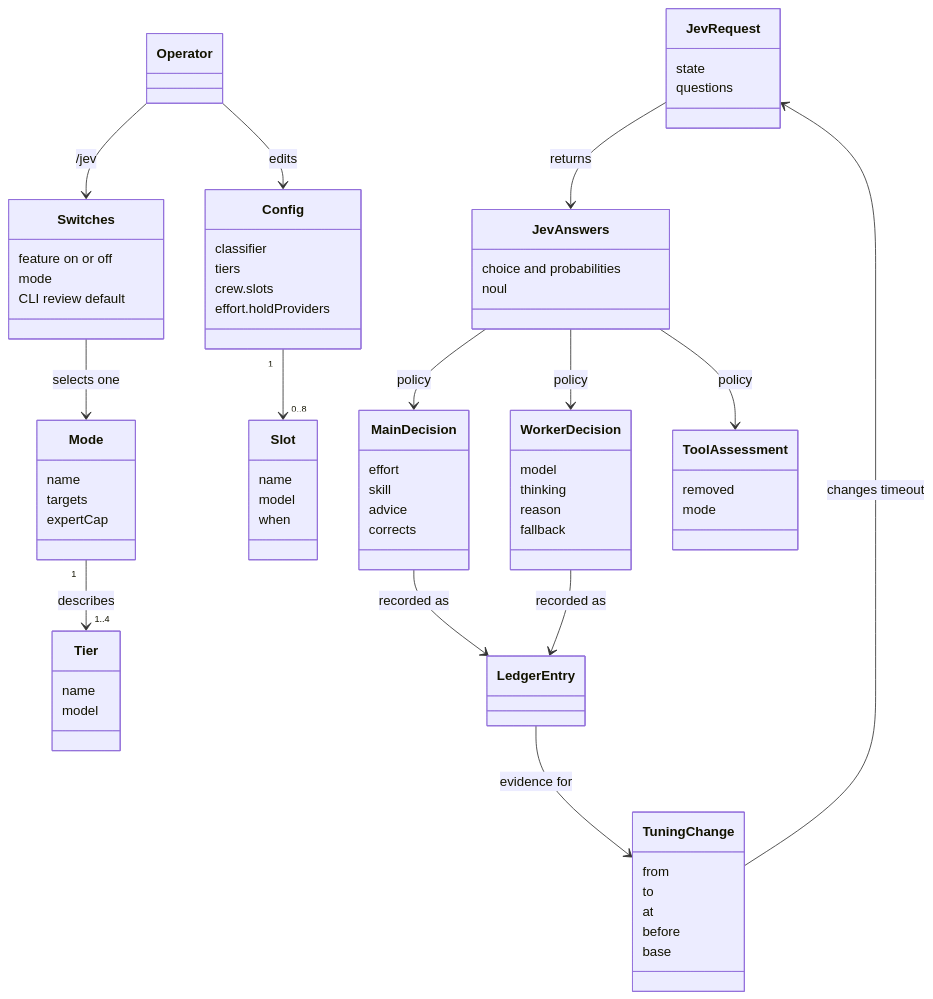
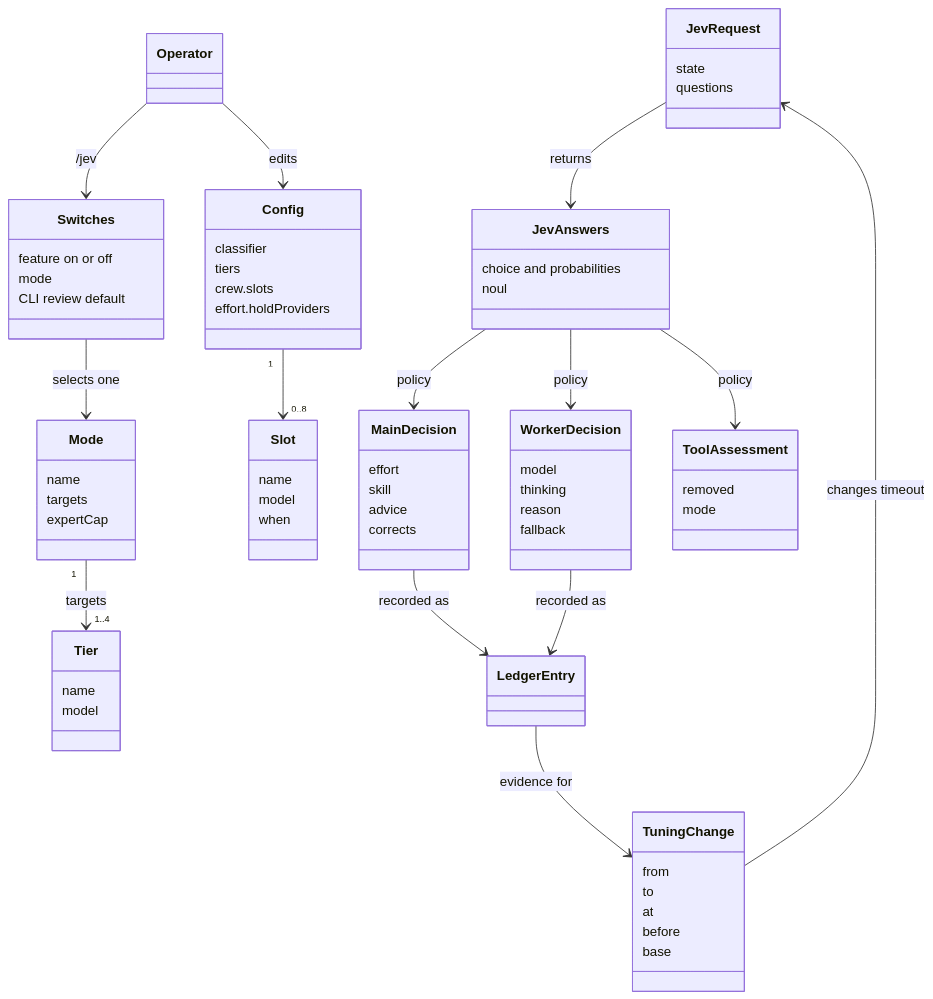
Before and after one commit to ttdua/pi-jev-pilot: the first of 3 diagrams in docs/domain-model.md, drawn with Mermaid. The commit also changed other lines of this file and 3 other files, not shown here.

````diff
--- a/docs/domain-model.md
+++ b/docs/domain-model.md
@@ -5,75 +5,75 @@
 ```mermaid
 classDiagram
     class Operator
     class Config {
       classifier
       tiers
       crew.slots
       effort.holdProviders
     }
     class Switches {
       feature on or off
       mode
       CLI review default
     }
     class Mode {
       name
       targets
       expertCap
     }
     class Tier {
       name
       model
     }
     class Slot {
       name
       model
       when
     }
     class JevRequest {
       state
       questions
     }
     class JevAnswers {
       choice and probabilities
       noul
     }
     class MainDecision {
       effort
       skill
       advice
       corrects
     }
     class WorkerDecision {
       model
       thinking
       reason
       fallback
     }
     class ToolAssessment {
       removed
       mode
     }
     class LedgerEntry
     class TuningChange {
       from
       to
       at
       before
       base
     }
 
     Operator --> Config : edits
     Operator --> Switches : /jev
     Switches --> Mode : selects one
-    Mode "1" --> "1..4" Tier : describes
+    Mode "1" --> "1..4" Tier : targets
     Config "1" --> "0..8" Slot
     JevRequest --> JevAnswers : returns
     JevAnswers --> MainDecision : policy
     JevAnswers --> WorkerDecision : policy
     JevAnswers --> ToolAssessment : policy
     MainDecision --> LedgerEntry : recorded as
     WorkerDecision --> LedgerEntry : recorded as
     LedgerEntry --> TuningChange : evidence for
     TuningChange --> JevRequest : changes timeout
 ```
````
